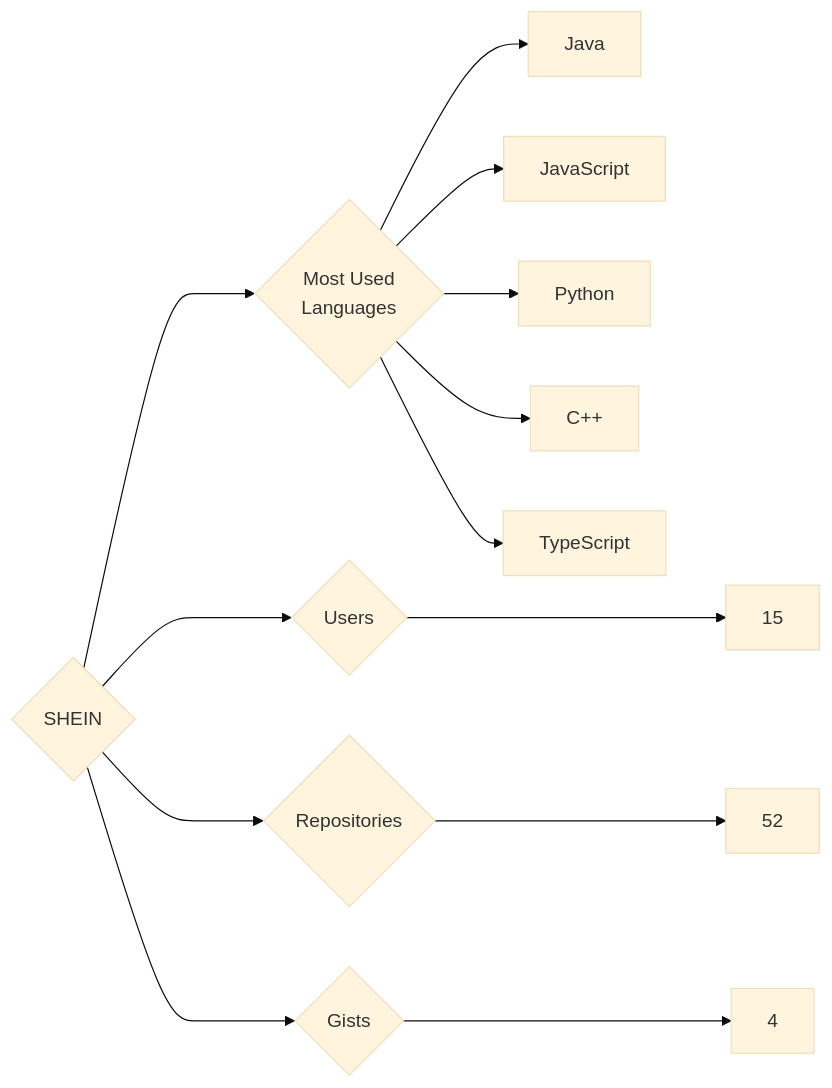
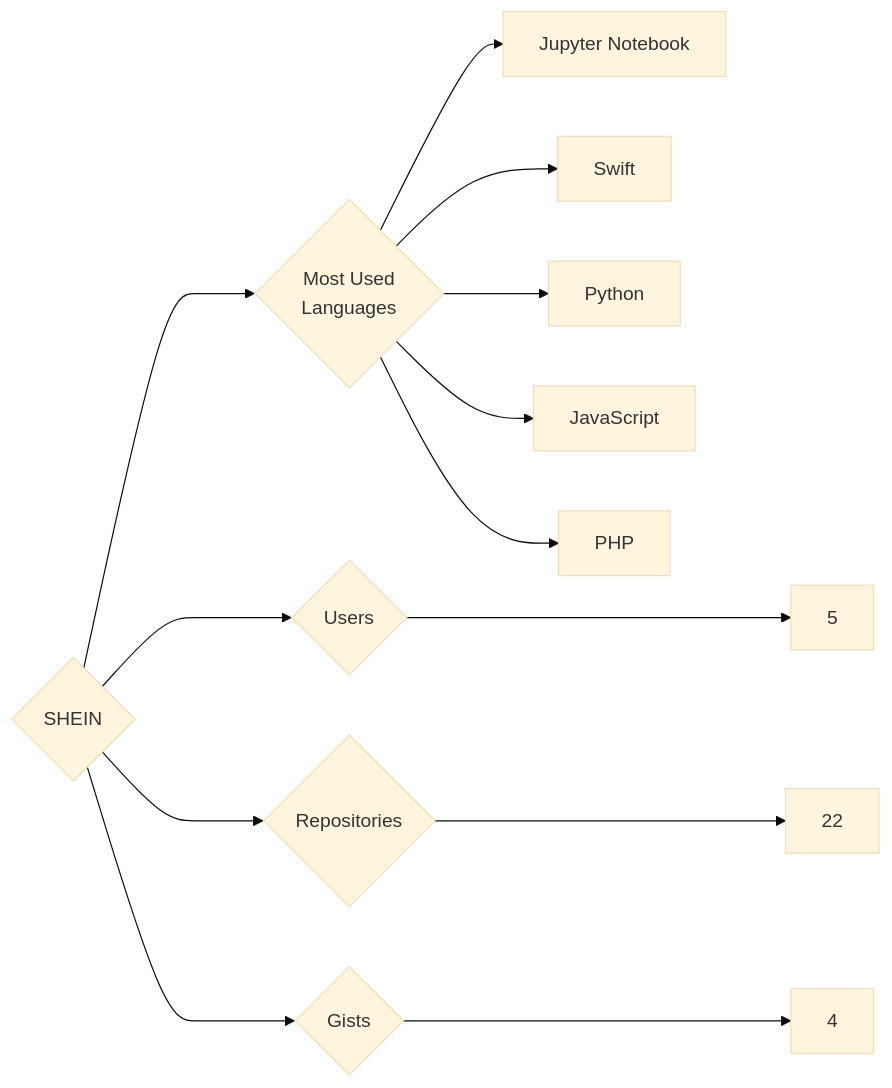
Before and after one commit to trickest/insiders: the diagram in targets/SHEIN/README.md, drawn with Mermaid (base theme). The commit also changed 725 other files, not shown here.

````diff
--- a/targets/SHEIN/README.md
+++ b/targets/SHEIN/README.md
@@ -3,13 +3,13 @@
 ```mermaid
 graph LR
 COMPANY_NAME{SHEIN}
-COMPANY_NAME ---> U{Users} ---> UN[15]
-COMPANY_NAME ---> R{Repositories} ---> RN[52]
+COMPANY_NAME ---> U{Users} ---> UN[5]
+COMPANY_NAME ---> R{Repositories} ---> RN[22]
 COMPANY_NAME ---> G{Gists} ---> GN[4]
 COMPANY_NAME ---> ML{Most Used<br>Languages}
-ML --> Java[Java]
+ML --> Jupyter_Notebook[Jupyter Notebook]
+ML --> Swift[Swift]
+ML --> Python[Python]
 ML --> JavaScript[JavaScript]
-ML --> Python[Python]
-ML --> C++[C++]
-ML --> TypeScript[TypeScript]
+ML --> PHP[PHP]
 ```
````
